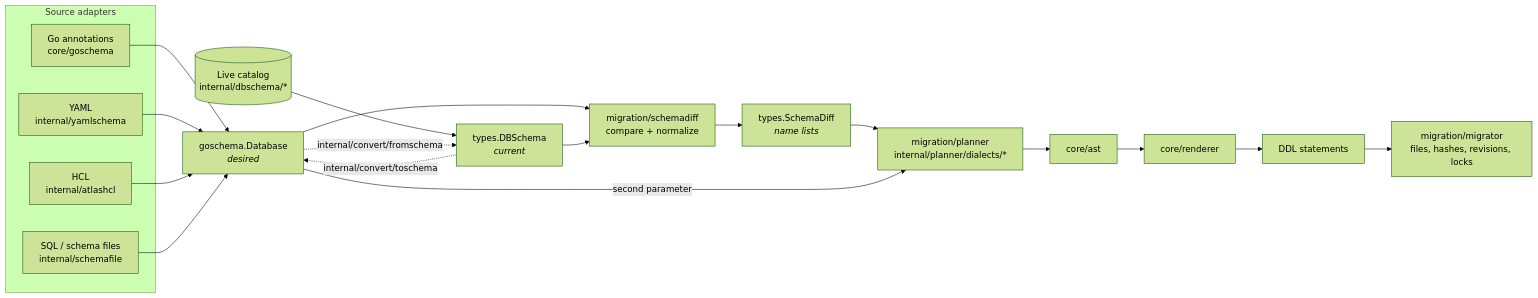
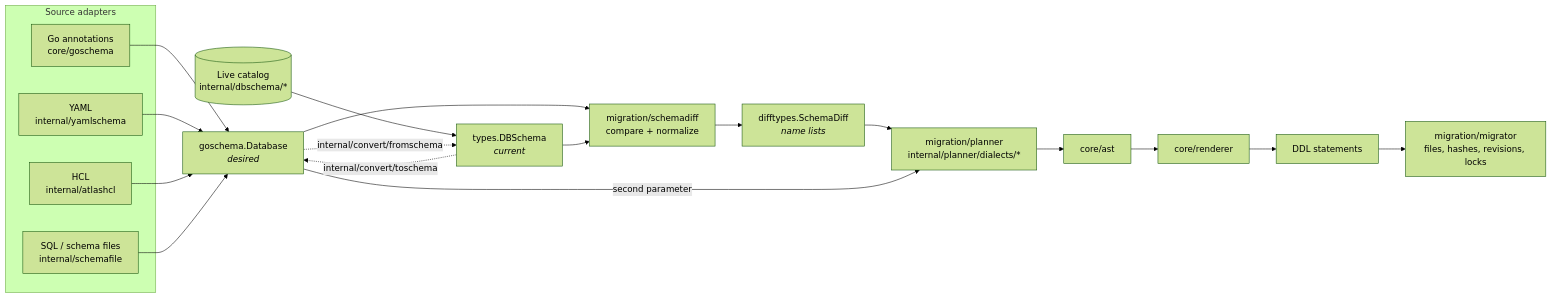
Before and after one commit to stokaro/ptah: the first of 4 diagrams in docs/adr/0001-canonical-schema-state-and-pipeline-boundaries.md, drawn with Mermaid (forest theme). The commit also changed other lines of this file and 3 other files, not shown here.

First line of the commit message:
docs: the diff model is difftypes, and two boundaries outlived their owner

````diff
--- a/docs/adr/0001-canonical-schema-state-and-pipeline-boundaries.md
+++ b/docs/adr/0001-canonical-schema-state-and-pipeline-boundaries.md
@@ -124,29 +124,29 @@
 ```mermaid
 flowchart LR
   subgraph sources["Source adapters"]
     GO["Go annotations<br/>core/goschema"]
     YAML["YAML<br/>internal/yamlschema"]
     HCL["HCL<br/>internal/atlashcl"]
     SQLF["SQL / schema files<br/>internal/schemafile"]
   end
   DB[("Live catalog<br/>internal/dbschema/*")]
 
   GO --> DESIRED["goschema.Database<br/><i>desired</i>"]
   YAML --> DESIRED
   HCL --> DESIRED
   SQLF --> DESIRED
   DB --> CURRENT["types.DBSchema<br/><i>current</i>"]
 
   CURRENT -. "internal/convert/toschema" .-> DESIRED
   DESIRED -. "internal/convert/fromschema" .-> CURRENT
 
   DESIRED --> CMP["migration/schemadiff<br/>compare + normalize"]
   CURRENT --> CMP
-  CMP --> DIFF["types.SchemaDiff<br/><i>name lists</i>"]
+  CMP --> DIFF["difftypes.SchemaDiff<br/><i>name lists</i>"]
   DIFF --> PLAN["migration/planner<br/>internal/planner/dialects/*"]
   DESIRED -- "second parameter" --> PLAN
   PLAN --> AST["core/ast"]
   AST --> REN["core/renderer"]
   REN --> SQL["DDL statements"]
   SQL --> EXEC["migration/migrator<br/>files, hashes, revisions, locks"]
 ```
````
